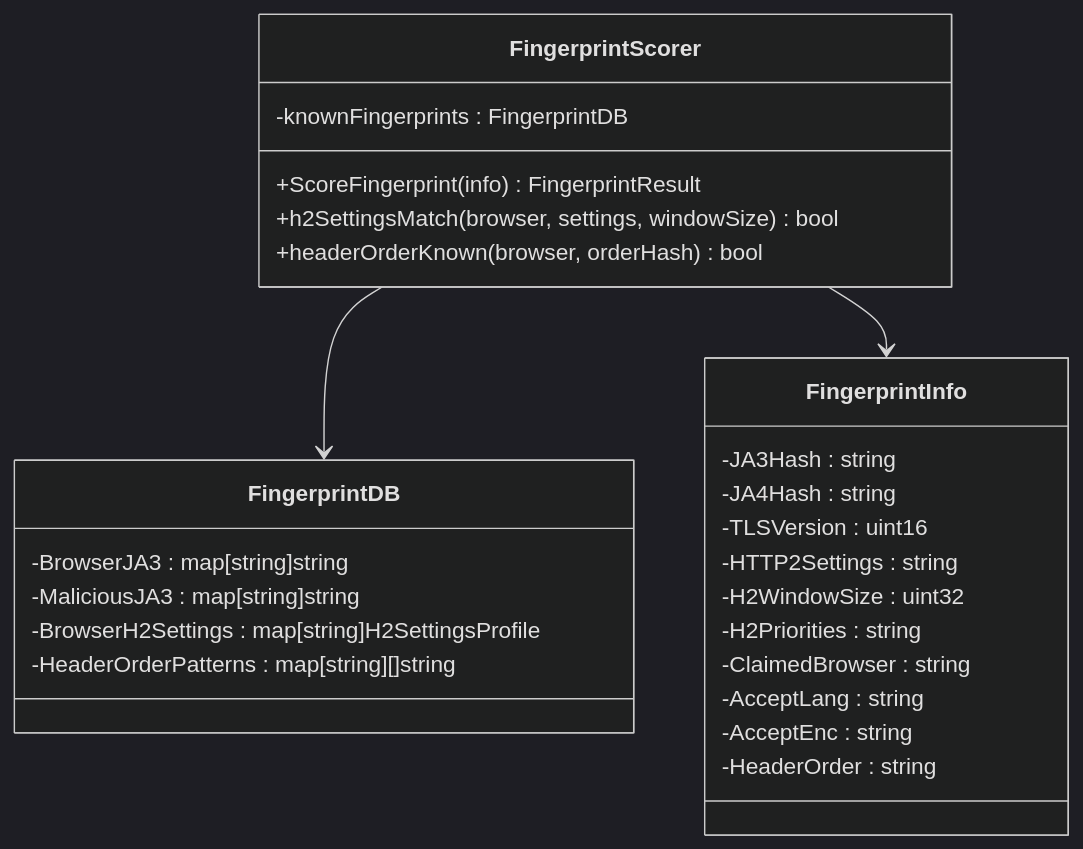
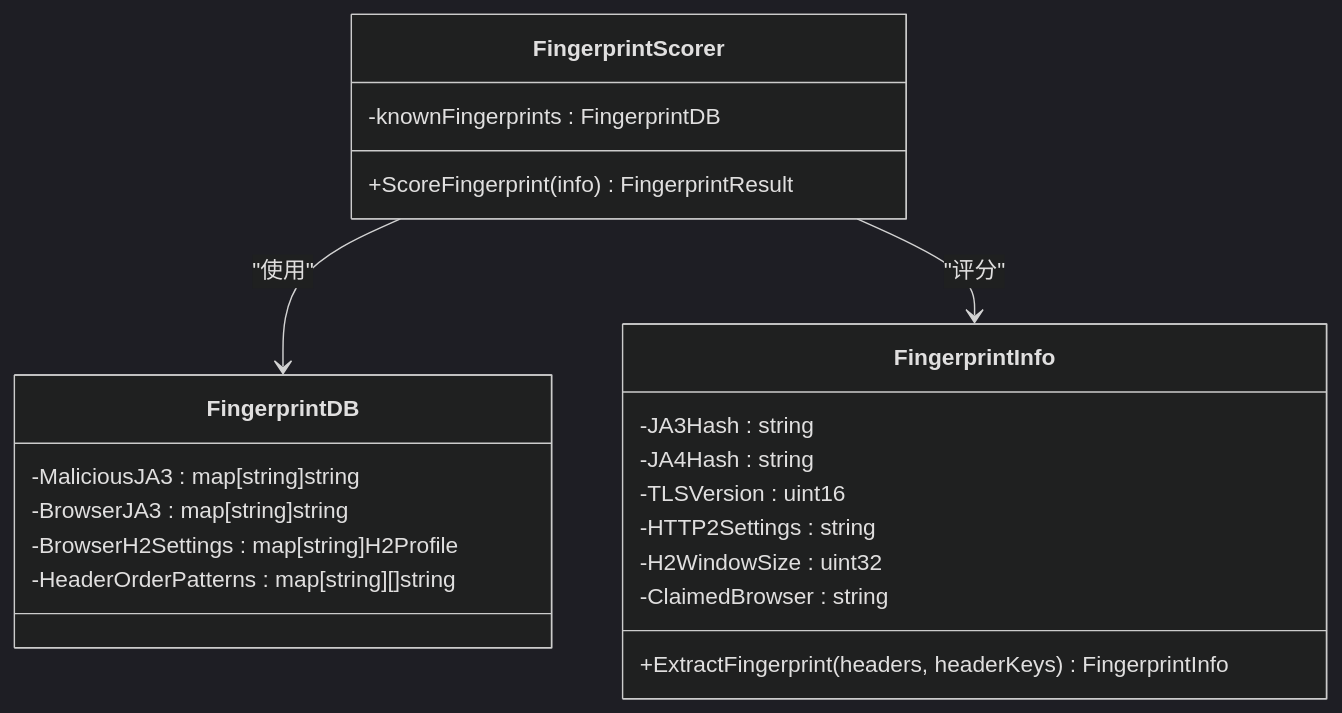
Before and after one commit to x01n/My-OpenWaf: the sixth of 12 diagrams in docs/WAF 引擎系统/WAF 引擎系统.md, drawn with Mermaid (dark theme). The commit also changed other lines of this file and 199 other files, not shown here.

````diff
--- a/docs/WAF 引擎系统/WAF 引擎系统.md
+++ b/docs/WAF 引擎系统/WAF 引擎系统.md
@@ -419,29 +369,24 @@
 ```mermaid
 classDiagram
 class FingerprintScorer {
 -knownFingerprints : FingerprintDB
 +ScoreFingerprint(info) FingerprintResult
-+h2SettingsMatch(browser, settings, windowSize) bool
-+headerOrderKnown(browser, orderHash) bool
-}
-class FingerprintDB {
--BrowserJA3 : map[string]string
--MaliciousJA3 : map[string]string
--BrowserH2Settings : map[string]H2SettingsProfile
--HeaderOrderPatterns : map[string][]string
 }
 class FingerprintInfo {
 -JA3Hash : string
 -JA4Hash : string
 -TLSVersion : uint16
 -HTTP2Settings : string
 -H2WindowSize : uint32
--H2Priorities : string
 -ClaimedBrowser : string
--AcceptLang : string
--AcceptEnc : string
--HeaderOrder : string
++ExtractFingerprint(headers, headerKeys) FingerprintInfo
 }
-FingerprintScorer --> FingerprintDB
-FingerprintScorer --> FingerprintInfo
+class FingerprintDB {
+-MaliciousJA3 : map[string]string
+-BrowserJA3 : map[string]string
+-BrowserH2Settings : map[string]H2Profile
+-HeaderOrderPatterns : map[string][]string
+}
+FingerprintScorer --> FingerprintDB : "使用"
+FingerprintScorer --> FingerprintInfo : "评分"
 ```
````
